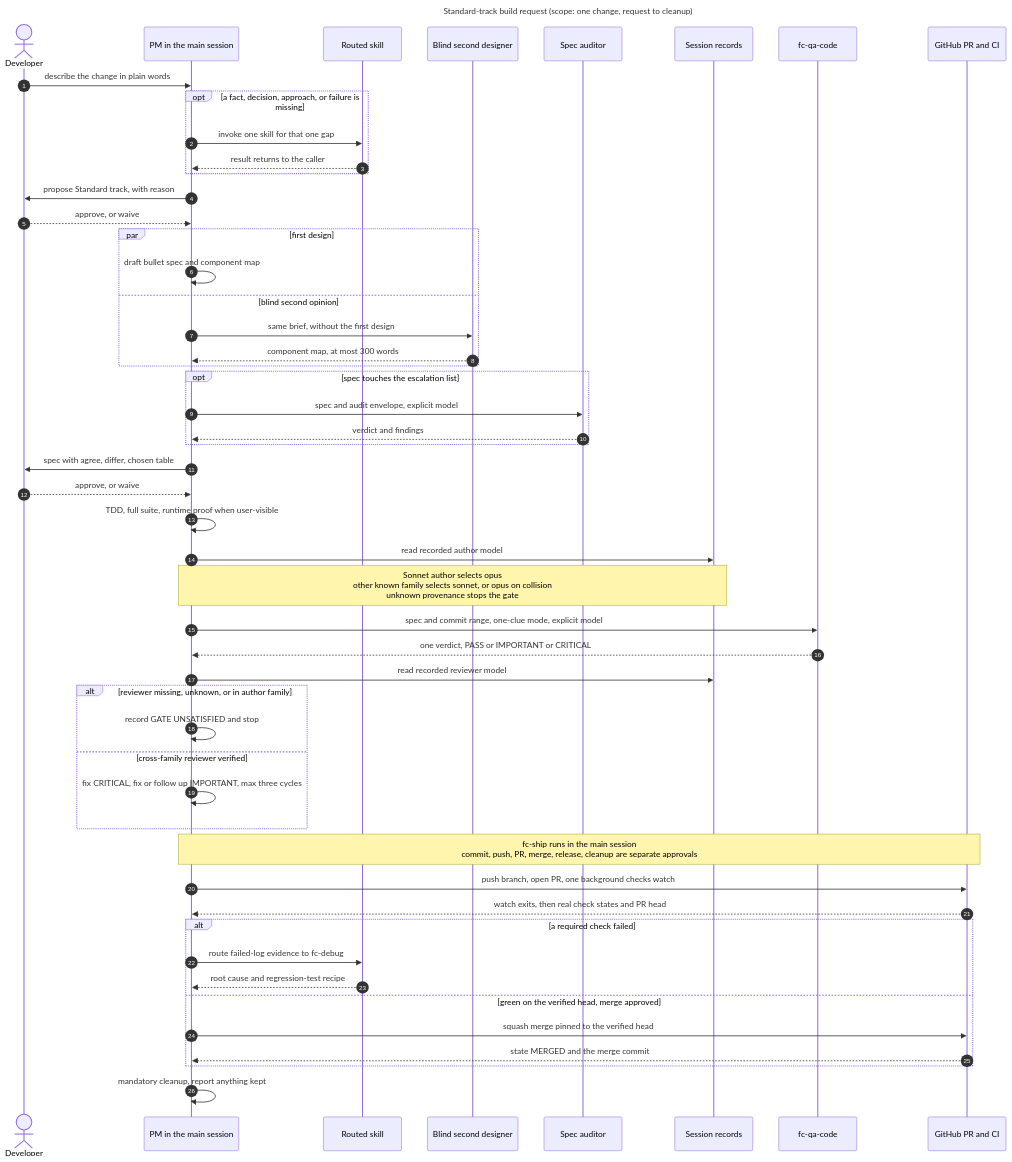
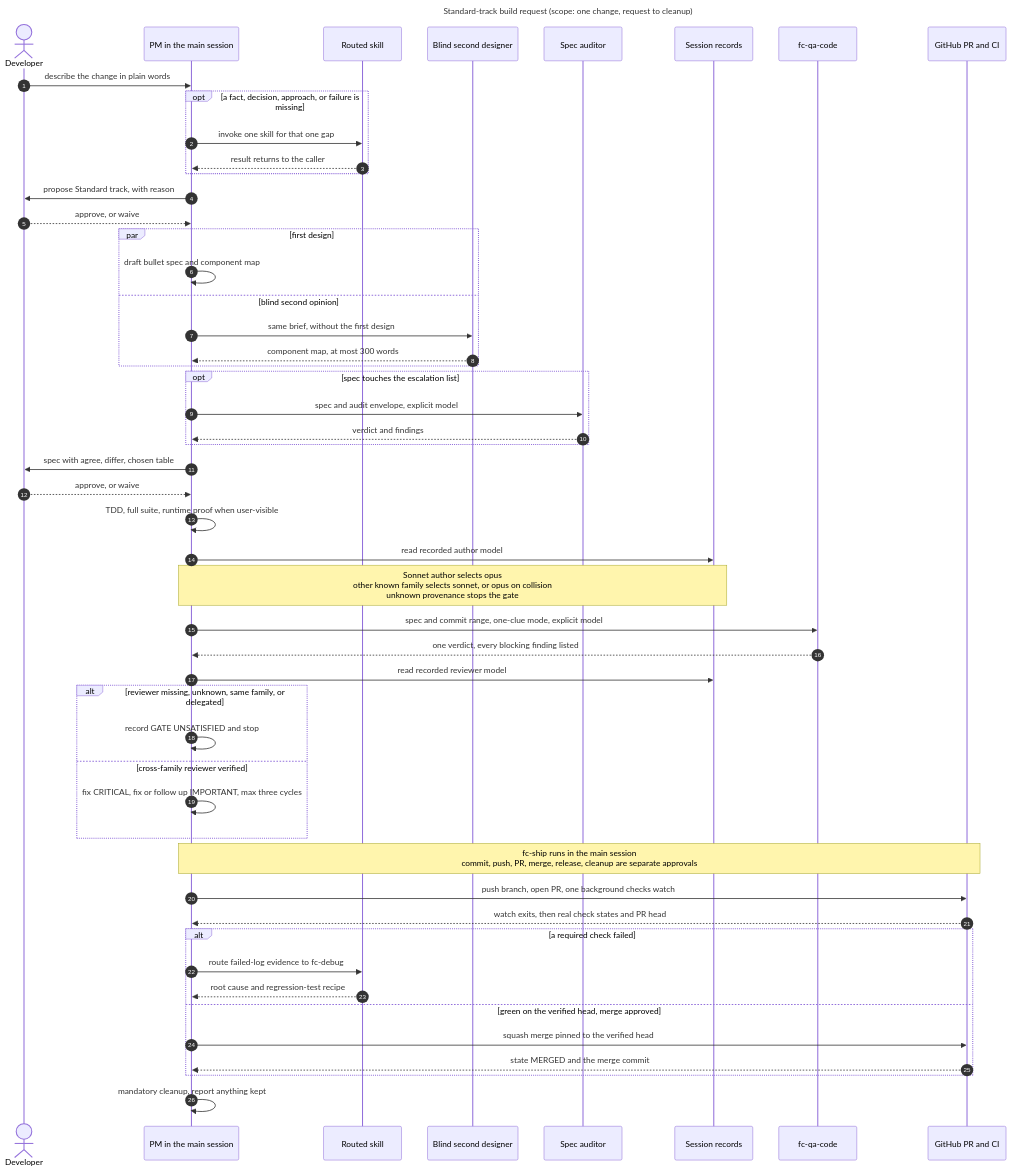
One commit to D0n9X1n/feature-crew changed the second of 2 diagrams in wiki/Architecture.md. Above: the diagram before and after it, drawn with Mermaid. The commit also changed other lines of this file, not shown here.

First line of the commit message:
docs: update the Architecture page for the delegation guard and QA findings

````diff
--- a/wiki/Architecture.md
+++ b/wiki/Architecture.md
@@ -71,56 +71,56 @@
 ```mermaid
 ---
 title: "Standard-track build request (scope: one change, request to cleanup)"
 ---
 sequenceDiagram
     autonumber
     actor Dev as Developer
     participant PM as PM in the main session
     participant Sub as Routed skill
     participant SD as Blind second designer
     participant Aud as Spec auditor
     participant Rec as Session records
     participant QA as fc-qa-code
     participant GH as GitHub PR and CI
     Dev->>PM: describe the change in plain words
     opt a fact, decision, approach, or failure is missing
         PM->>Sub: invoke one skill for that one gap
         Sub-->>PM: result returns to the caller
     end
     PM->>Dev: propose Standard track, with reason
     Dev-->>PM: approve, or waive
     par first design
         PM->>PM: draft bullet spec and component map
     and blind second opinion
         PM->>SD: same brief, without the first design
         SD-->>PM: component map, at most 300 words
     end
     opt spec touches the escalation list
         PM->>Aud: spec and audit envelope, explicit model
         Aud-->>PM: verdict and findings
     end
     PM->>Dev: spec with agree, differ, chosen table
     Dev-->>PM: approve, or waive
     PM->>PM: TDD, full suite, runtime proof when user-visible
     PM->>Rec: read recorded author model
     Note over PM,Rec: Sonnet author selects opus<br/>other known family selects sonnet, or opus on collision<br/>unknown provenance stops the gate
     PM->>QA: spec and commit range, one-clue mode, explicit model
-    QA-->>PM: one verdict, PASS or IMPORTANT or CRITICAL
+    QA-->>PM: one verdict, every blocking finding listed
     PM->>Rec: read recorded reviewer model
-    alt reviewer missing, unknown, or in author family
+    alt reviewer missing, unknown, same family, or delegated
         PM->>PM: record GATE UNSATISFIED and stop
     else cross-family reviewer verified
         PM->>PM: fix CRITICAL, fix or follow up IMPORTANT, max three cycles
     end
     Note over PM,GH: fc-ship runs in the main session<br/>commit, push, PR, merge, release, cleanup are separate approvals
     PM->>GH: push branch, open PR, one background checks watch
     GH-->>PM: watch exits, then real check states and PR head
     alt a required check failed
         PM->>Sub: route failed-log evidence to fc-debug
         Sub-->>PM: root cause and regression-test recipe
     else green on the verified head, merge approved
         PM->>GH: squash merge pinned to the verified head
         GH-->>PM: state MERGED and the merge commit
     end
     PM->>PM: mandatory cleanup, report anything kept
 ```
````
